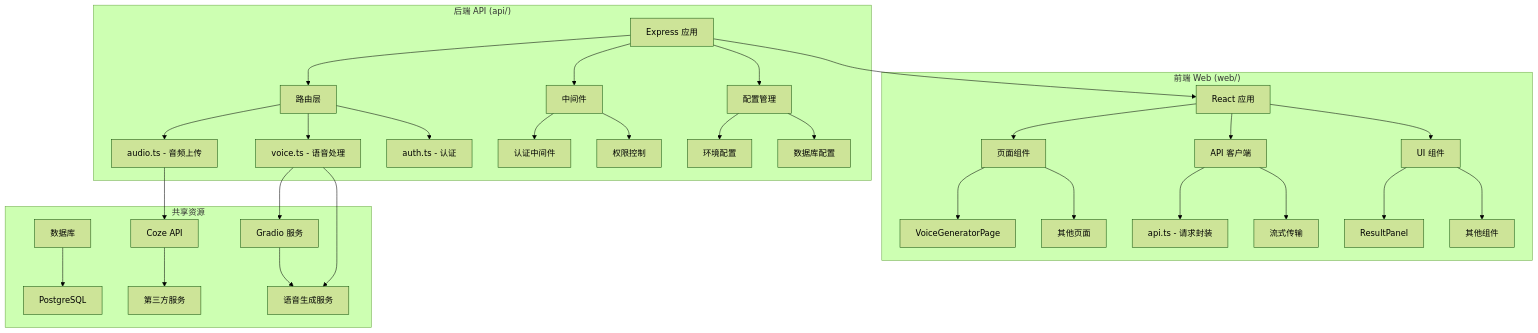
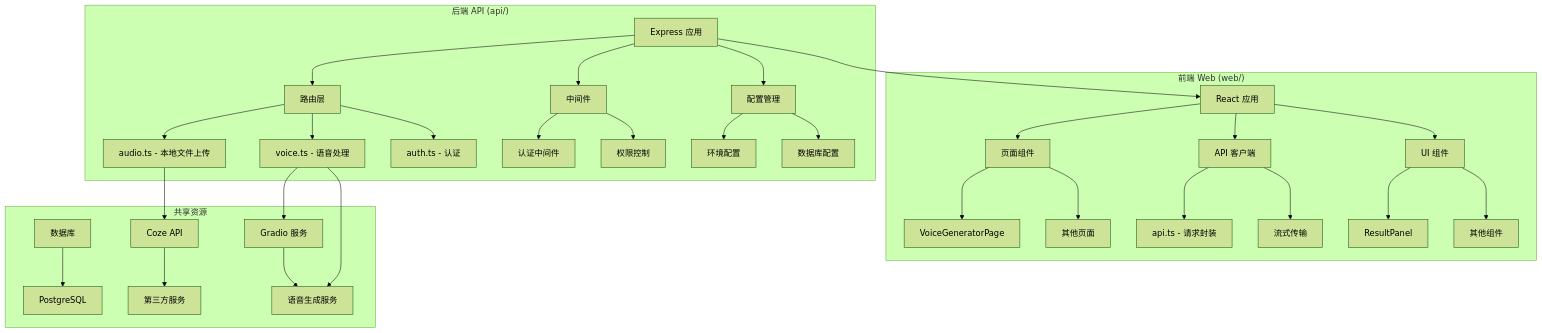
The first of 7 diagrams in .qoder/repowiki/zh/content/多模态工作流模块/音频处理模块.md (hanksd769-droid/sailshub), drawn with Mermaid (forest theme) before and after one commit. The commit also changed other lines of this file and 2 other files, not shown here.

````diff
--- a/.qoder/repowiki/zh/content/多模态工作流模块/音频处理模块.md
+++ b/.qoder/repowiki/zh/content/多模态工作流模块/音频处理模块.md
@@ -44,35 +52,35 @@
 ```mermaid
 graph TB
 subgraph "后端 API (api/)"
 A[Express 应用] --> B[路由层]
 A --> C[中间件]
 A --> D[配置管理]
-B --> E[audio.ts - 音频上传]
+B --> E[audio.ts - 本地文件上传]
 B --> F[voice.ts - 语音处理]
 B --> G[auth.ts - 认证]
 C --> H[认证中间件]
 C --> I[权限控制]
 D --> J[环境配置]
 D --> K[数据库配置]
 end
 subgraph "前端 Web (web/)"
 L[React 应用] --> M[页面组件]
 L --> N[API 客户端]
 L --> O[UI 组件]
 M --> P[VoiceGeneratorPage]
 M --> Q[其他页面]
 N --> R[api.ts - 请求封装]
 N --> S[流式传输]
 O --> T[ResultPanel]
 O --> U[其他组件]
 end
 subgraph "共享资源"
 V[数据库] --> W[PostgreSQL]
 X[Coze API] --> Y[第三方服务]
 Z[Gradio 服务] --> AA[语音生成服务]
 end
 E --> X
 F --> Z
 F --> AA
 A --> L
 ```
````
